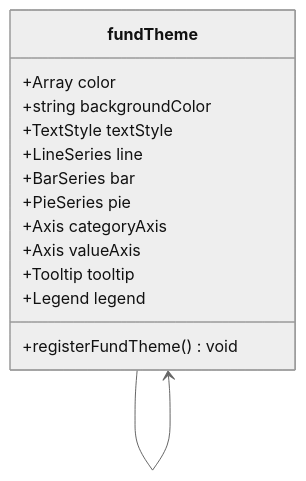
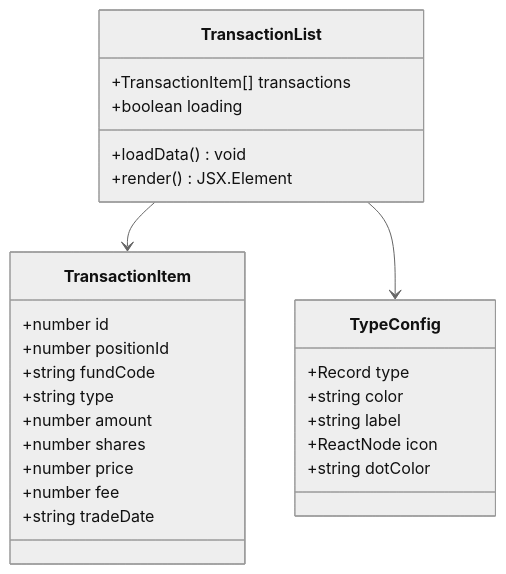
The seventh of 21 diagrams in .qoder/repowiki/zh/content/核心功能开发/前端投资组合管理增强.md (gree-coder/fund-butler), drawn with Mermaid (neutral theme) before and after one commit. The commit also changed other lines of this file and 15 other files, not shown here.

````diff
--- a/.qoder/repowiki/zh/content/核心功能开发/前端投资组合管理增强.md
+++ b/.qoder/repowiki/zh/content/核心功能开发/前端投资组合管理增强.md
@@ -369,19 +439,29 @@
 ```mermaid
 classDiagram
-class fundTheme {
-+Array color
-+string backgroundColor
-+TextStyle textStyle
-+LineSeries line
-+BarSeries bar
-+PieSeries pie
-+Axis categoryAxis
-+Axis valueAxis
-+Tooltip tooltip
-+Legend legend
+class TransactionList {
++TransactionItem[] transactions
++boolean loading
++loadData() void
++render() JSX.Element
 }
-class fundTheme {
-+registerFundTheme() void
+class TransactionItem {
++number id
++number positionId
++string fundCode
++string type
++number amount
++number shares
++number price
++number fee
++string tradeDate
 }
-fundTheme --> fundTheme
+class TypeConfig {
++Record type
++string color
++string label
++ReactNode icon
++string dotColor
+}
+TransactionList --> TransactionItem
+TransactionList --> TypeConfig
 ```
````
